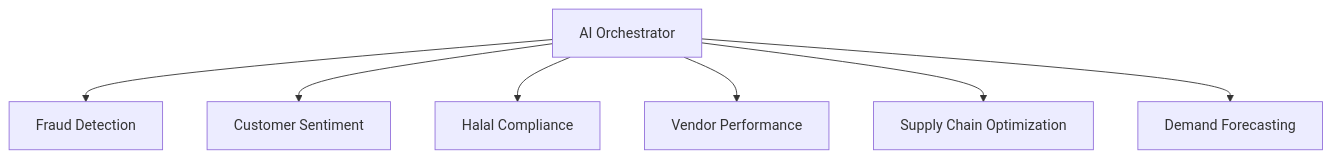
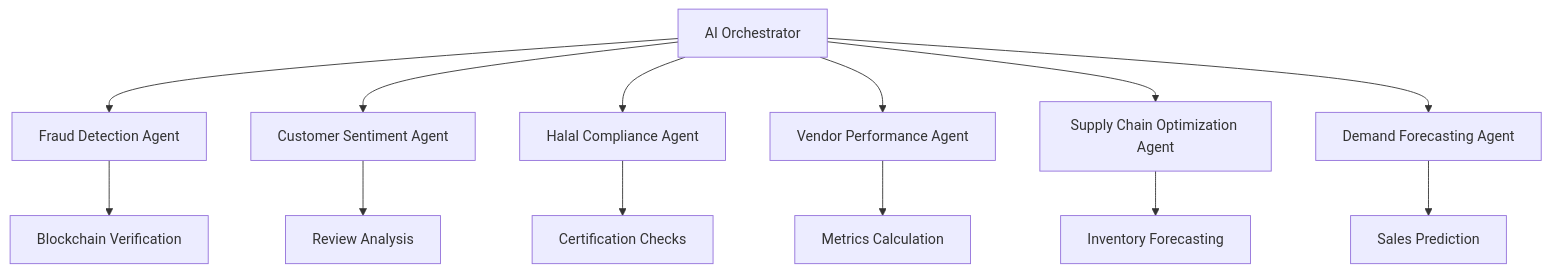
The fifth of 5 diagrams in README.md (kk666679/halalchain-ecommerce-marketplace), drawn with Mermaid before and after one commit. The commit also changed other lines of this file, not shown here.

````diff
--- a/README.md
+++ b/README.md
@@ -231,9 +315,16 @@
 ```mermaid
 graph TB
-    A[AI Orchestrator] --> B[Fraud Detection]
-    A --> C[Customer Sentiment]
-    A --> D[Halal Compliance]
-    A --> E[Vendor Performance]
-    A --> F[Supply Chain Optimization]
-    A --> G[Demand Forecasting]
+    A[AI Orchestrator] --> B[Fraud Detection Agent]
+    A --> C[Customer Sentiment Agent]
+    A --> D[Halal Compliance Agent]
+    A --> E[Vendor Performance Agent]
+    A --> F[Supply Chain Optimization Agent]
+    A --> G[Demand Forecasting Agent]
+
+    B --> H[Blockchain Verification]
+    C --> I[Review Analysis]
+    D --> J[Certification Checks]
+    E --> K[Metrics Calculation]
+    F --> L[Inventory Forecasting]
+    G --> M[Sales Prediction]
 ```
````
